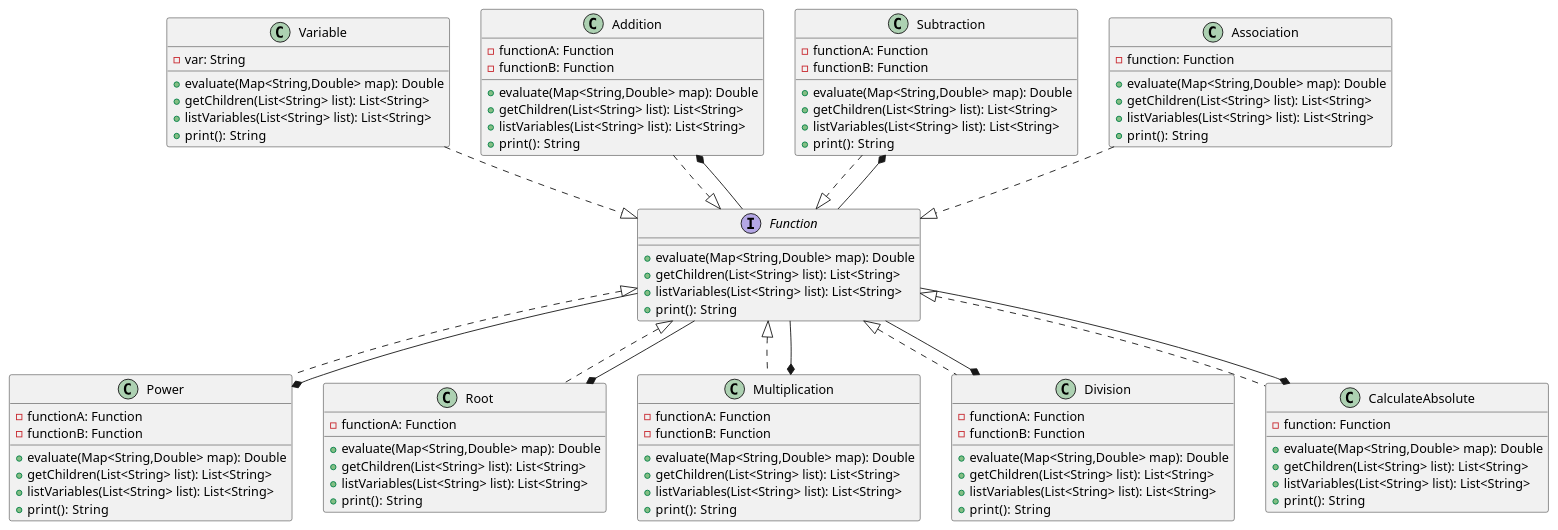
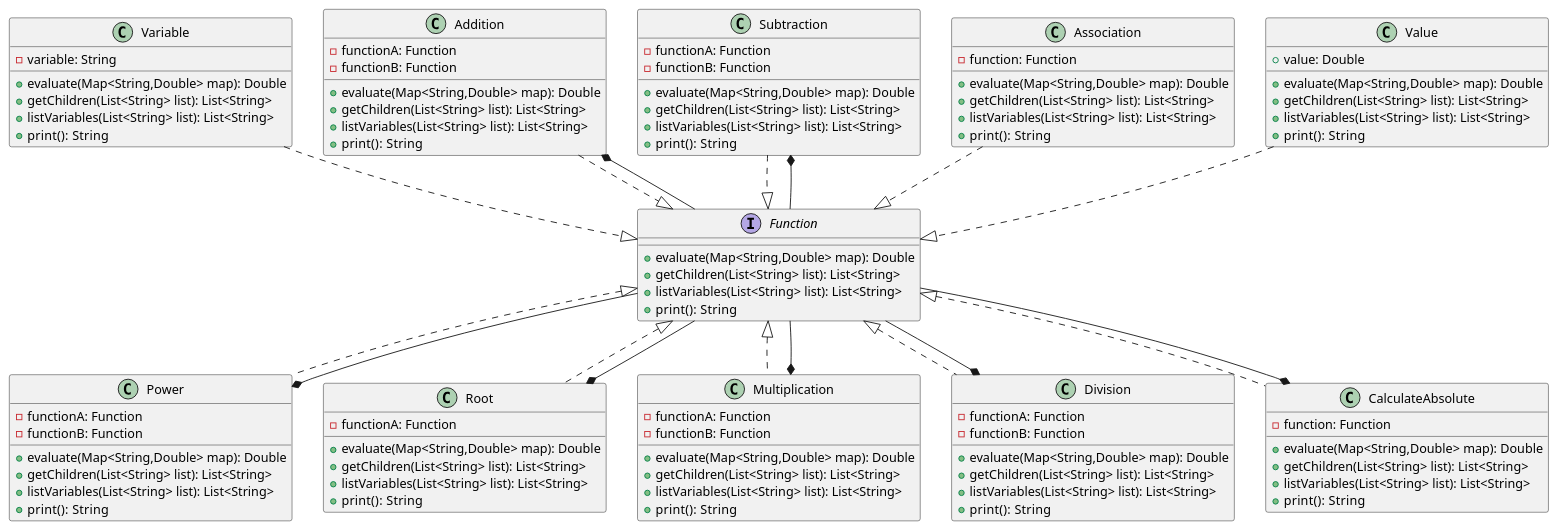
Before and after one commit to JulianRecio/formula: the diagram in diagrams/compositeFunction.puml, drawn with PlantUML. The commit also changed 25 other files, not shown here.

```diff
--- a/diagrams/compositeFunction.puml
+++ b/diagrams/compositeFunction.puml
@@ -1,116 +1,124 @@
 @startuml
 
 interface Function{
     +evaluate(Map<String,Double> map): Double
     +getChildren(List<String> list): List<String>
     +listVariables(List<String> list): List<String>
     +print():  String
 }
 
 class Variable{
-    -var: String
+    -variable: String
     +evaluate(Map<String,Double> map): Double
     +getChildren(List<String> list): List<String>
     +listVariables(List<String> list): List<String>
     +print():  String
 }
 
 class Power{
     -functionA: Function
     -functionB: Function
     +evaluate(Map<String,Double> map): Double
     +getChildren(List<String> list): List<String>
     +listVariables(List<String> list): List<String>
     +print():  String
 }
 
 class Root{
     -functionA: Function
     +evaluate(Map<String,Double> map): Double
     +getChildren(List<String> list): List<String>
     +listVariables(List<String> list): List<String>
     +print():  String
 }
 
 class Multiplication{
     -functionA: Function
     -functionB: Function
     +evaluate(Map<String,Double> map): Double
     +getChildren(List<String> list): List<String>
     +listVariables(List<String> list): List<String>
     +print():  String
 }
 
 class Division{
     -functionA: Function
     -functionB: Function
     +evaluate(Map<String,Double> map): Double
     +getChildren(List<String> list): List<String>
     +listVariables(List<String> list): List<String>
     +print():  String
 }
 
 class Addition{
     -functionA: Function
     -functionB: Function
     +evaluate(Map<String,Double> map): Double
     +getChildren(List<String> list): List<String>
     +listVariables(List<String> list): List<String>
     +print():  String
 }
 
 class Subtraction{
     -functionA: Function
     -functionB: Function
     +evaluate(Map<String,Double> map): Double
     +getChildren(List<String> list): List<String>
     +listVariables(List<String> list): List<String>
     +print():  String
 }
 
 class CalculateAbsolute{
     -function: Function
     +evaluate(Map<String,Double> map): Double
     +getChildren(List<String> list): List<String>
     +listVariables(List<String> list): List<String>
     +print():  String
 }
 
 class Association{
     -function: Function
     +evaluate(Map<String,Double> map): Double
     +getChildren(List<String> list): List<String>
     +listVariables(List<String> list): List<String>
     +print():  String
 }
 
+class Value{
+    +value: Double
+    +evaluate(Map<String,Double> map): Double
+    +getChildren(List<String> list): List<String>
+    +listVariables(List<String> list): List<String>
+    +print():  String
+}
 
 
 
 CalculateAbsolute .u.|> Function
 Power .u.|> Function
 Root .u.|> Function
 Multiplication .u.|> Function
 Division .u.|> Function
 Addition ..|> Function
 Subtraction ..|> Function
 Variable ..|> Function
+Value ..|> Function
 Association ..|> Function
 CalculateAbsolute *-- Function
 Power *-- Function
 Root *-- Function
 Multiplication *-- Function
 Division *-- Function
 Addition *-- Function
 Subtraction *-- Function
 
 
 /'
     --|> herencia
     *-- composición
     o-- agregación
     --> asosiación
     ..> dependencia
     <|.. realización/implementación
 '/
 @enduml
```
